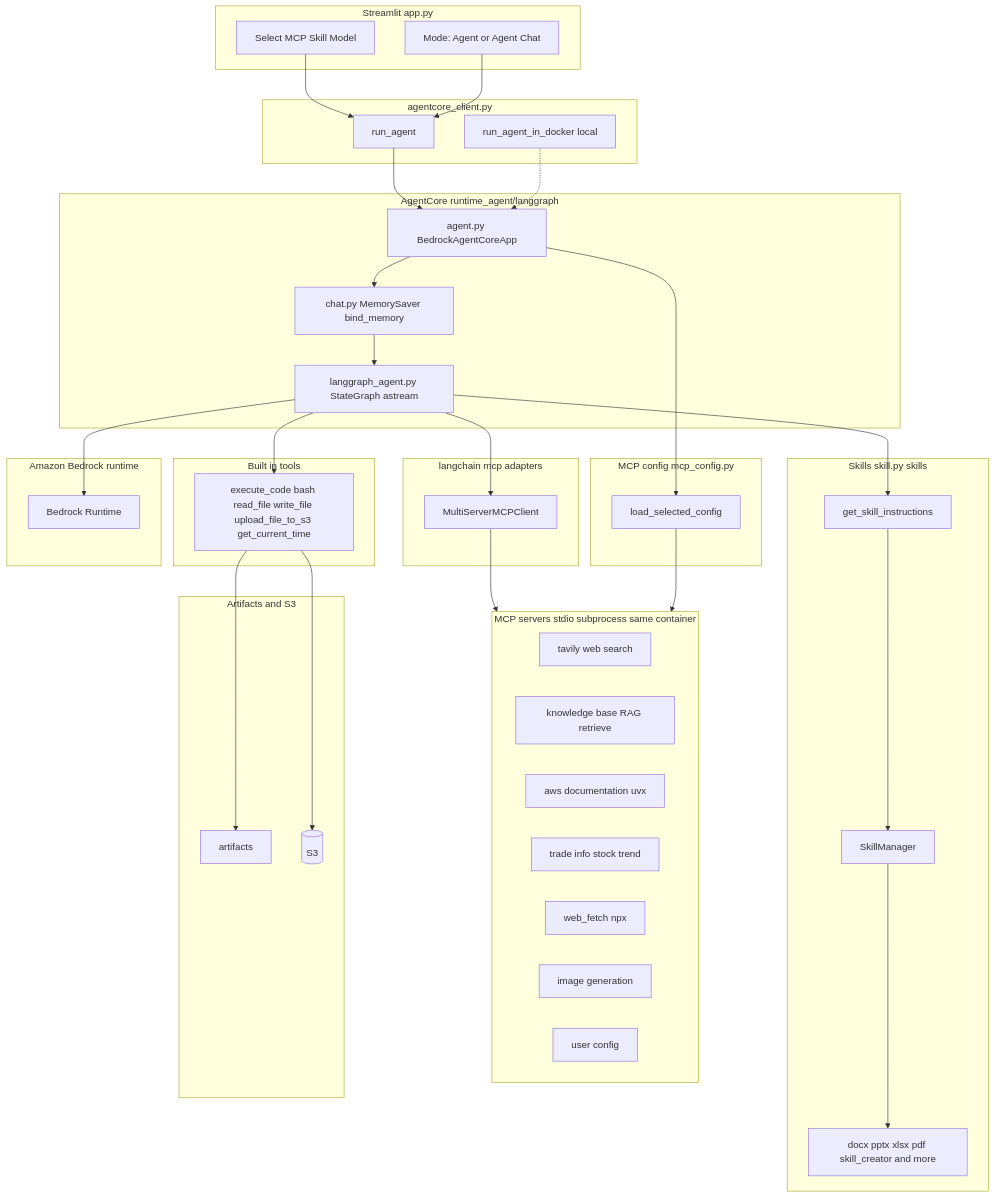
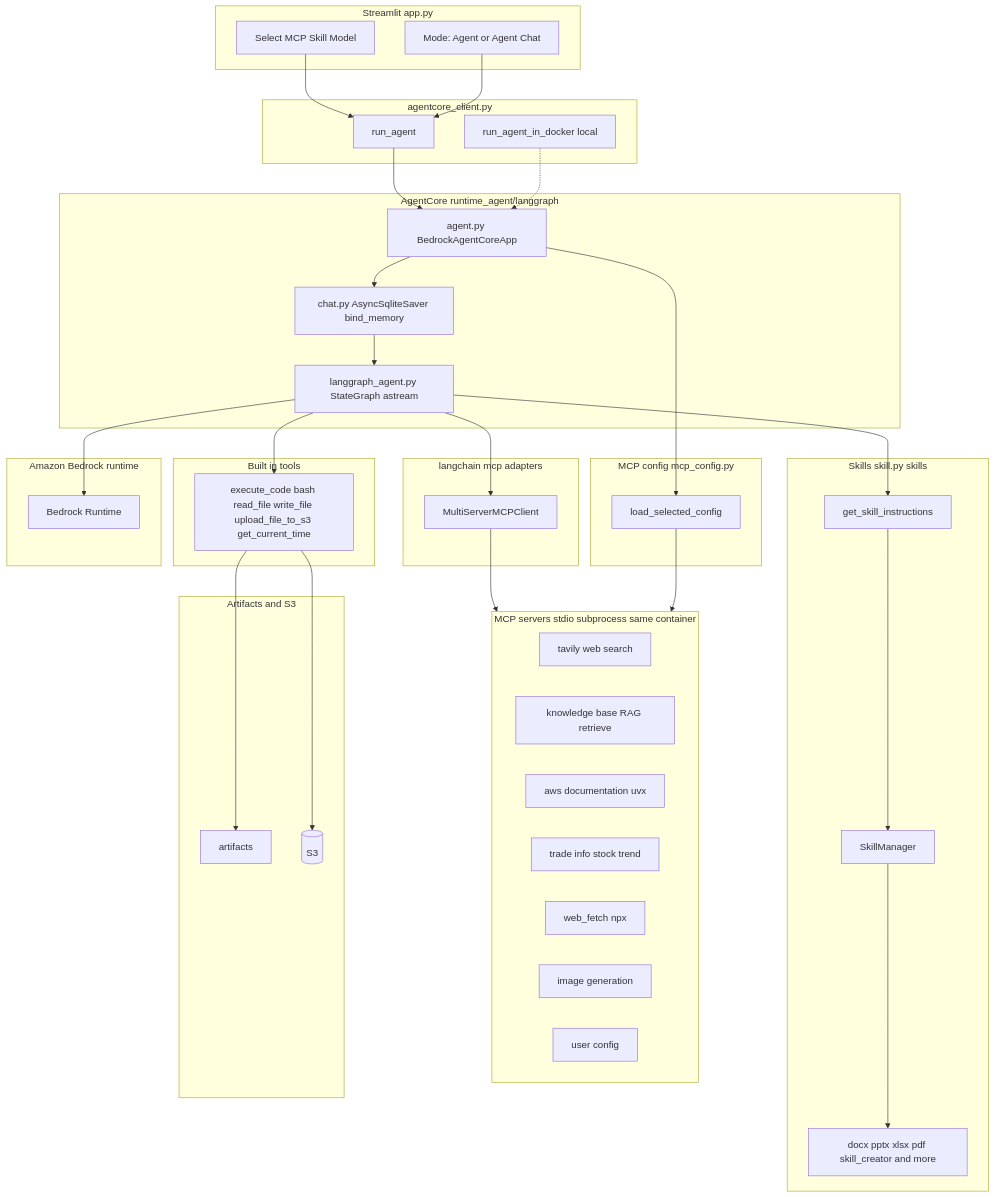
Before and after one commit to kyopark2014/langgraph-runtime: the first of 2 diagrams in README.md, drawn with Mermaid. The commit also changed other lines of this file and 3 other files, not shown here.

````diff
--- a/README.md
+++ b/README.md
@@ -19,77 +19,77 @@
 ```mermaid
 flowchart TB
   subgraph UI["Streamlit app.py"]
     MODE["Mode: Agent or Agent Chat"]
     SEL["Select MCP Skill Model"]
   end
 
   subgraph Client["agentcore_client.py"]
     RA[run_agent]
     RD["run_agent_in_docker local"]
   end
 
   subgraph Runtime["AgentCore runtime_agent/langgraph"]
     AG["agent.py BedrockAgentCoreApp"]
-    CHAT["chat.py MemorySaver bind_memory"]
+    CHAT["chat.py AsyncSqliteSaver bind_memory"]
     LGA["langgraph_agent.py StateGraph astream"]
   end
 
   subgraph BuiltIn["Built in tools"]
     LGB["execute_code bash read_file write_file upload_file_to_s3 get_current_time"]
   end
 
   subgraph Skills["Skills skill.py skills"]
     SKM[SkillManager]
     SKT[get_skill_instructions]
     SKD["docx pptx xlsx pdf skill_creator and more"]
   end
 
   subgraph MCPConfig["MCP config mcp_config.py"]
     LSC[load_selected_config]
   end
 
   subgraph MCPLocal["MCP servers stdio subprocess same container"]
     TV["tavily web search"]
     KB["knowledge base RAG retrieve"]
     AD["aws documentation uvx"]
     TI["trade info stock trend"]
     WF["web_fetch npx"]
     IG[image generation]
     UC["user config"]
   end
 
   subgraph MCPClient["langchain mcp adapters"]
     LGM[MultiServerMCPClient]
   end
 
   subgraph LLM["Amazon Bedrock runtime"]
     BR[Bedrock Runtime]
   end
 
   subgraph Storage["Artifacts and S3"]
     ART[artifacts]
     S3[(S3)]
   end
 
   MODE --> RA
   SEL --> RA
   RD -.-> AG
 
   RA --> AG
   AG --> CHAT
   CHAT --> LGA
   LGA --> BR
   LGA --> LGB
   LGA --> LGM
   LGA --> SKT
 
   SKT --> SKM
   SKM --> SKD
 
   AG --> LSC
   LSC --> MCPLocal
   LGM --> MCPLocal
 
   LGB --> ART
   LGB --> S3
 ```
````
